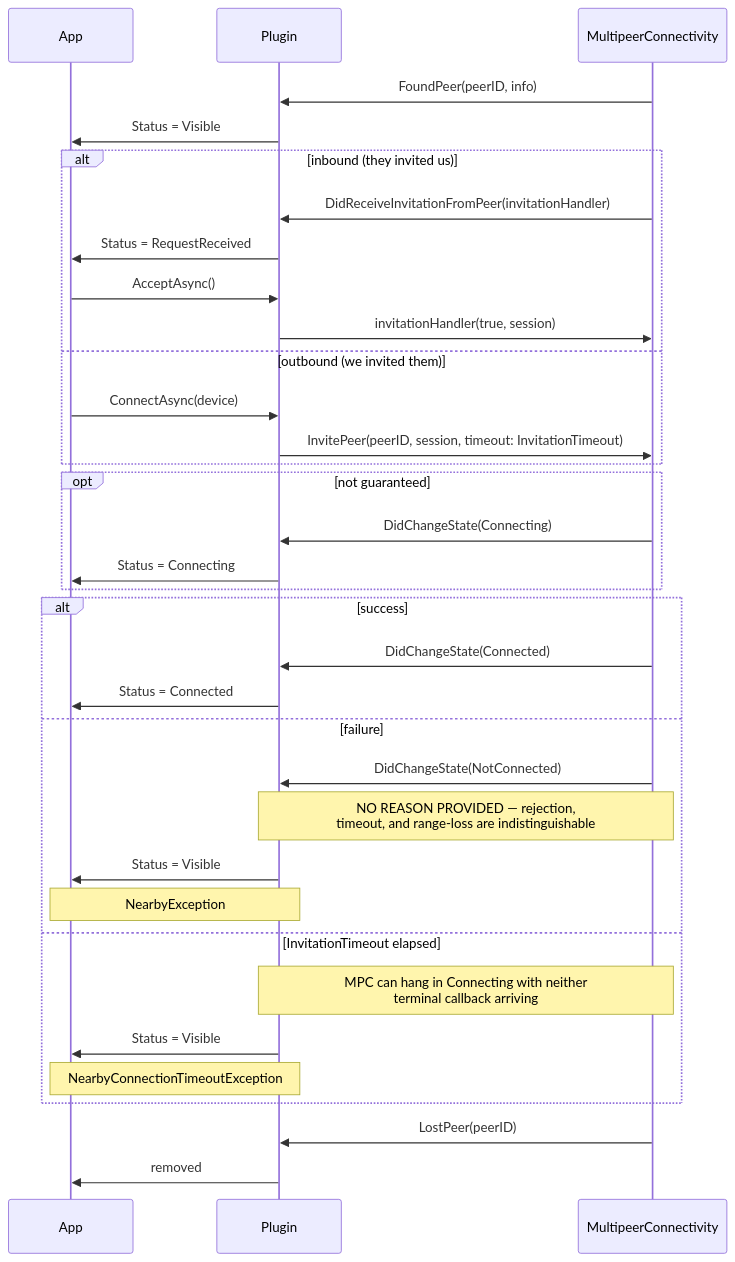
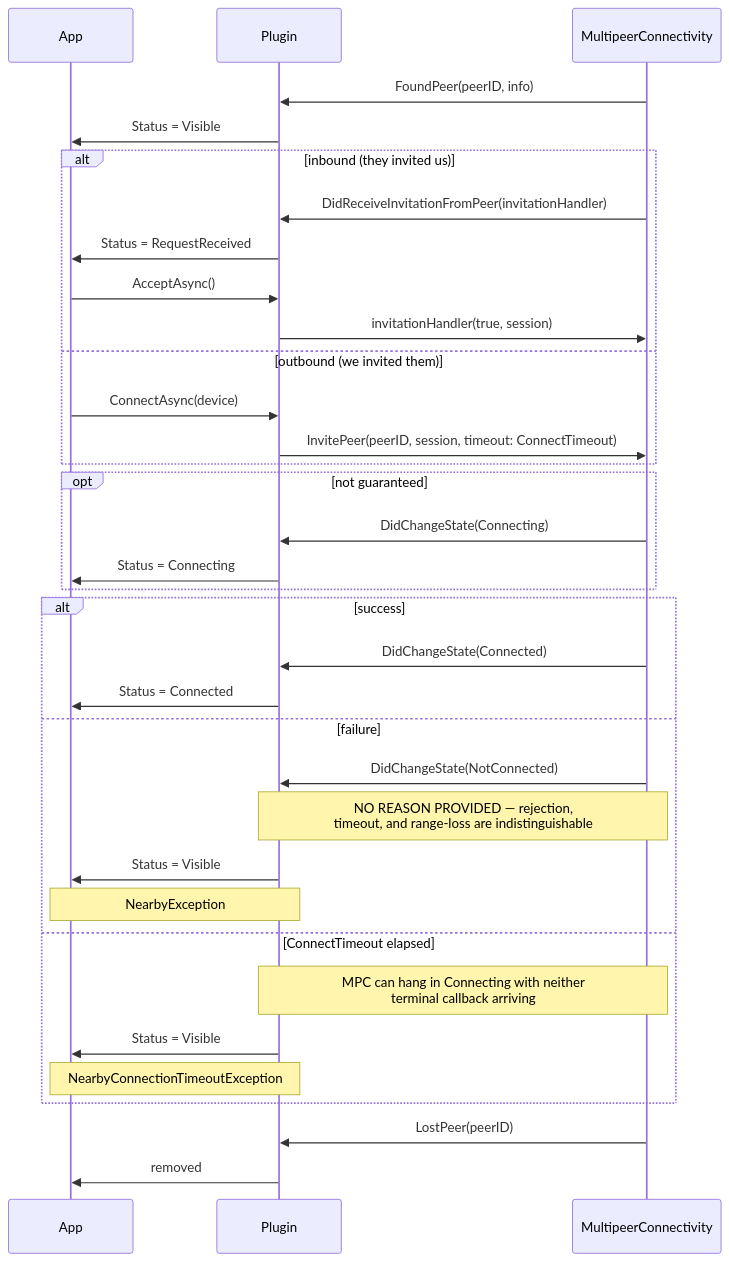
One commit to phunkeler/Plugin.Maui.NearbyConnections changed the fourth of 5 diagrams in docs/DEVICE-LIFECYCLE.md. Above: the diagram before and after it, drawn with Mermaid. The commit also changed other lines of this file and 28 other files, not shown here.

First line of the commit message:
feat: split InvitationTimeout into three named timeouts

````diff
--- a/docs/DEVICE-LIFECYCLE.md
+++ b/docs/DEVICE-LIFECYCLE.md
@@ -226,41 +227,41 @@
 ```mermaid
 sequenceDiagram
     participant A as App
     participant P as Plugin
     participant M as MultipeerConnectivity
 
     M->>P: FoundPeer(peerID, info)
     P->>A: Status = Visible
 
     alt inbound (they invited us)
         M->>P: DidReceiveInvitationFromPeer(invitationHandler)
         P->>A: Status = RequestReceived
         A->>P: AcceptAsync()
         P->>M: invitationHandler(true, session)
     else outbound (we invited them)
         A->>P: ConnectAsync(device)
-        P->>M: InvitePeer(peerID, session, timeout: InvitationTimeout)
+        P->>M: InvitePeer(peerID, session, timeout: ConnectTimeout)
     end
 
     opt not guaranteed
         M->>P: DidChangeState(Connecting)
         P->>A: Status = Connecting
     end
 
     alt success
         M->>P: DidChangeState(Connected)
         P->>A: Status = Connected
     else failure
         M->>P: DidChangeState(NotConnected)
         Note over M,P: NO REASON PROVIDED — rejection,<br/>timeout, and range-loss are indistinguishable
         P->>A: Status = Visible
         Note over P,A: NearbyException
-    else InvitationTimeout elapsed
+    else ConnectTimeout elapsed
         Note over M,P: MPC can hang in Connecting with neither<br/>terminal callback arriving
         P->>A: Status = Visible
         Note over P,A: NearbyConnectionTimeoutException
     end
 
     M->>P: LostPeer(peerID)
     P->>A: removed
 ```
````
